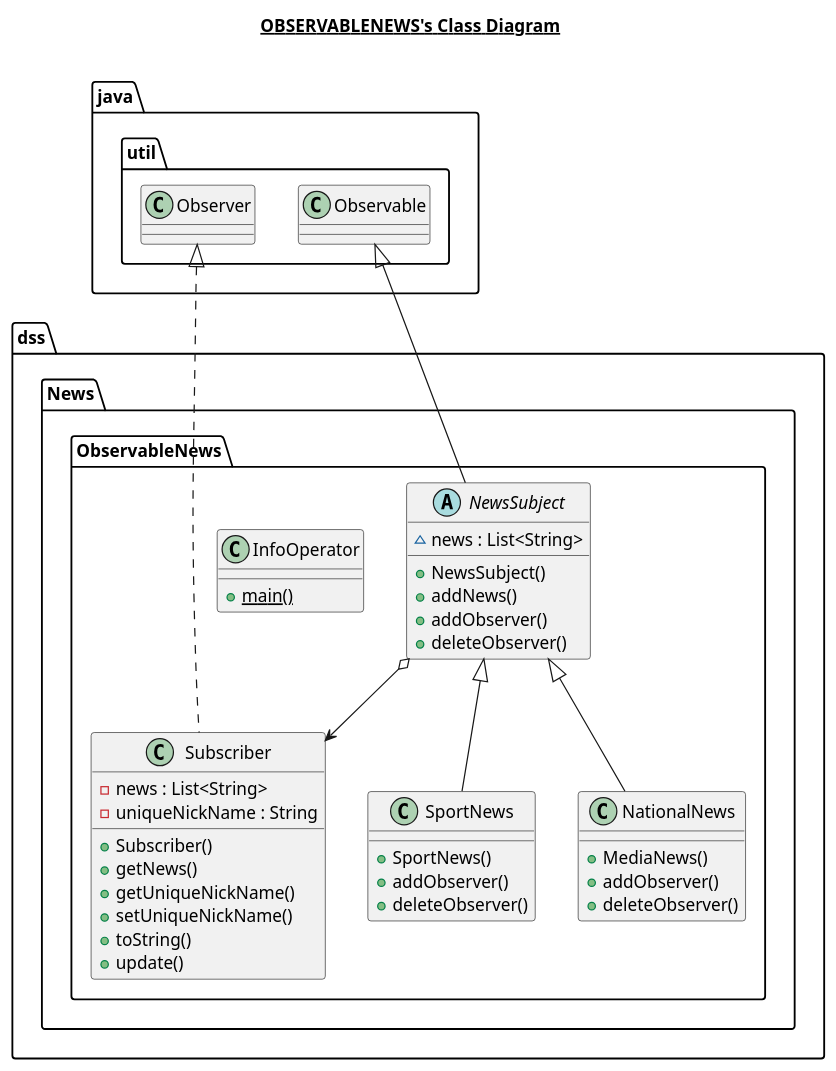
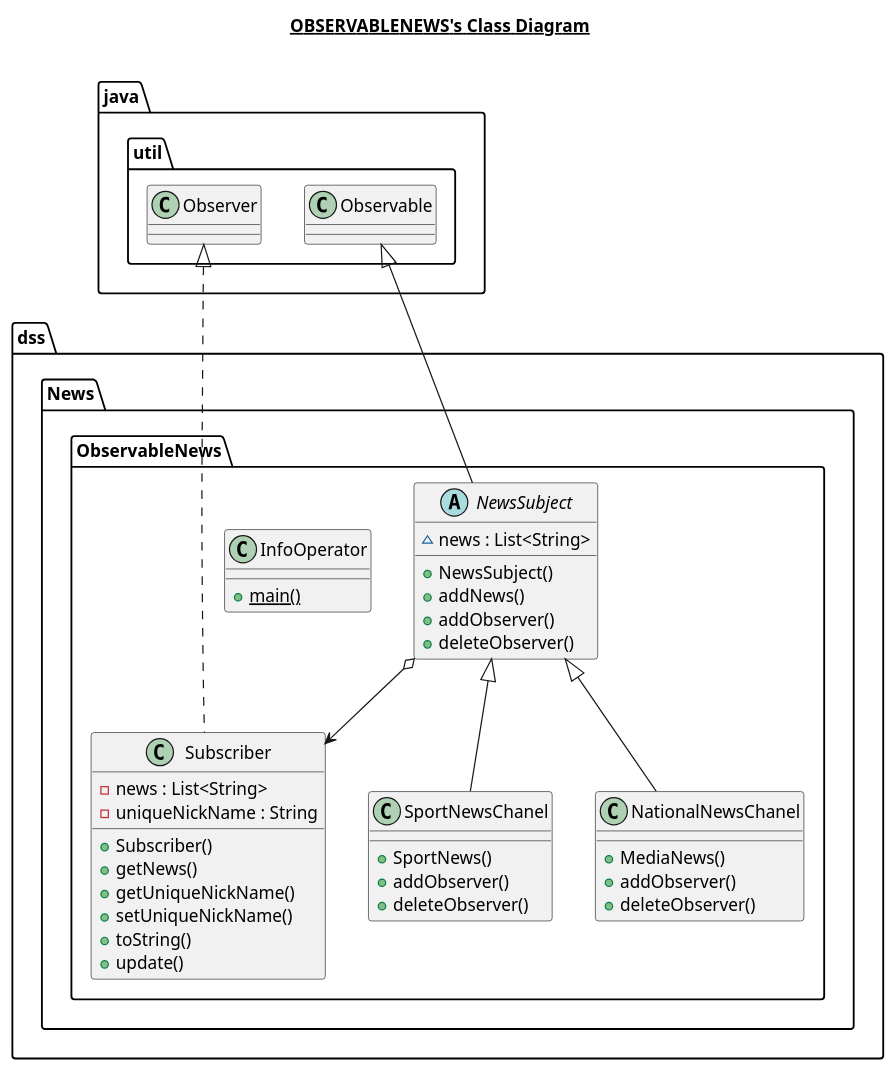
The diagram in src/dss/News/ObservableNews/uml/ObservableNews.plantuml (ktvcv/PracticeOfPatterns), drawn with PlantUML before and after one commit. The commit also changed 54 other files, not shown here.

```diff
--- a/src/dss/News/ObservableNews/uml/ObservableNews.plantuml
+++ b/src/dss/News/ObservableNews/uml/ObservableNews.plantuml
@@ -1,50 +1,50 @@
 @startuml
 
 title __OBSERVABLENEWS's Class Diagram__\n
 
       class dss.News.ObservableNews.InfoOperator {
           {static} + main()
       }
 
 
-      class dss.News.ObservableNews.NationalNews {
+      class dss.News.ObservableNews.NationalNewsChanel {
           + MediaNews()
           + addObserver()
           + deleteObserver()
       }
 
       abstract class dss.News.ObservableNews.NewsSubject {
           ~ news : List<String>
           + NewsSubject()
           + addNews()
           + addObserver()
           + deleteObserver()
       }
 
 
-      class dss.News.ObservableNews.SportNews {
+      class dss.News.ObservableNews.SportNewsChanel {
           + SportNews()
           + addObserver()
           + deleteObserver()
       }
 
 
       class dss.News.ObservableNews.Subscriber {
           - news : List<String>
           - uniqueNickName : String
           + Subscriber()
           + getNews()
           + getUniqueNickName()
           + setUniqueNickName()
           + toString()
           + update()
       }
 
 
-  dss.News.ObservableNews.NationalNews -up-|> dss.News.ObservableNews.NewsSubject
+  dss.News.ObservableNews.NationalNewsChanel -up-|> dss.News.ObservableNews.NewsSubject
   dss.News.ObservableNews.NewsSubject -up-|> java.util.Observable
-  dss.News.ObservableNews.SportNews -up-|> dss.News.ObservableNews.NewsSubject
+  dss.News.ObservableNews.SportNewsChanel -up-|> dss.News.ObservableNews.NewsSubject
   dss.News.ObservableNews.Subscriber .up.|> java.util.Observer
   dss.News.ObservableNews.NewsSubject o--> dss.News.ObservableNews.Subscriber
 
 @enduml
```
